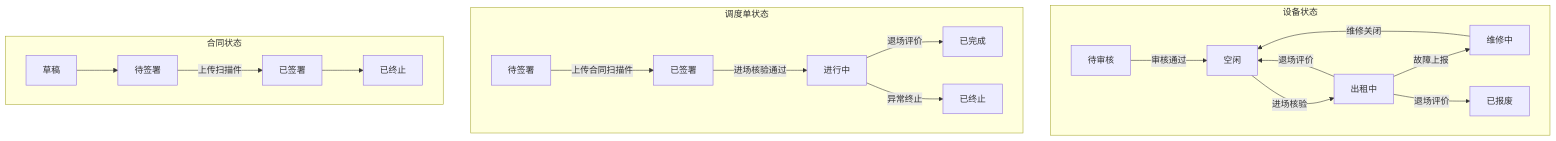
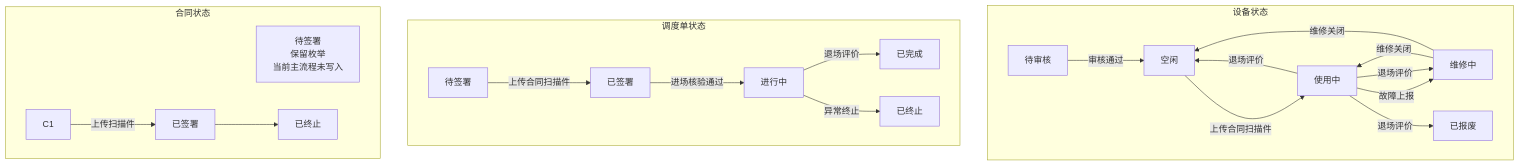
The second of 2 diagrams in thesis-writing/chapters/ch4-design.md (sketchp1ane/EquipmentRental), drawn with Mermaid before and after one commit. The commit also changed other lines of this file and 5 other files, not shown here.

````diff
--- a/thesis-writing/chapters/ch4-design.md
+++ b/thesis-writing/chapters/ch4-design.md
@@ -78,24 +83,26 @@
 ```mermaid
 flowchart TB
     subgraph E[设备状态]
         E1[待审核] -->|审核通过| E2[空闲]
-        E2 -->|进场核验| E3[出租中]
+        E2 -->|上传合同扫描件| E3[使用中]
         E3 -->|故障上报| E4[维修中]
+        E4 -->|维修关闭| E3
         E4 -->|维修关闭| E2
         E3 -->|退场评价| E2
+        E3 -->|退场评价| E4
         E3 -->|退场评价| E5[已报废]
     end
 
     subgraph O[调度单状态]
         O1[待签署] -->|上传合同扫描件| O2[已签署]
         O2 -->|进场核验通过| O3[进行中]
         O3 -->|退场评价| O4[已完成]
         O3 -->|异常终止| O5[已终止]
     end
 
     subgraph C[合同状态]
-        C1[草稿] --> C2[待签署]
-        C2 -->|上传扫描件| C3[已签署]
+        C0[待签署<br/>保留枚举<br/>当前主流程未写入]
+        C1 -->|上传扫描件| C3[已签署]
         C3 --> C4[已终止]
     end
 ```
````
